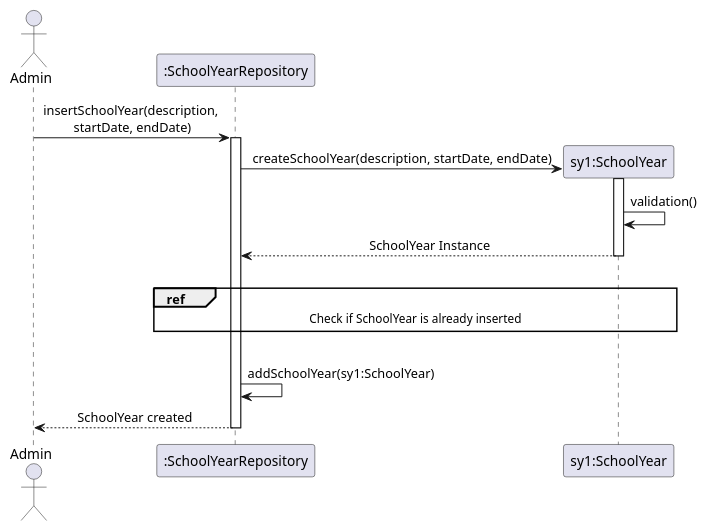
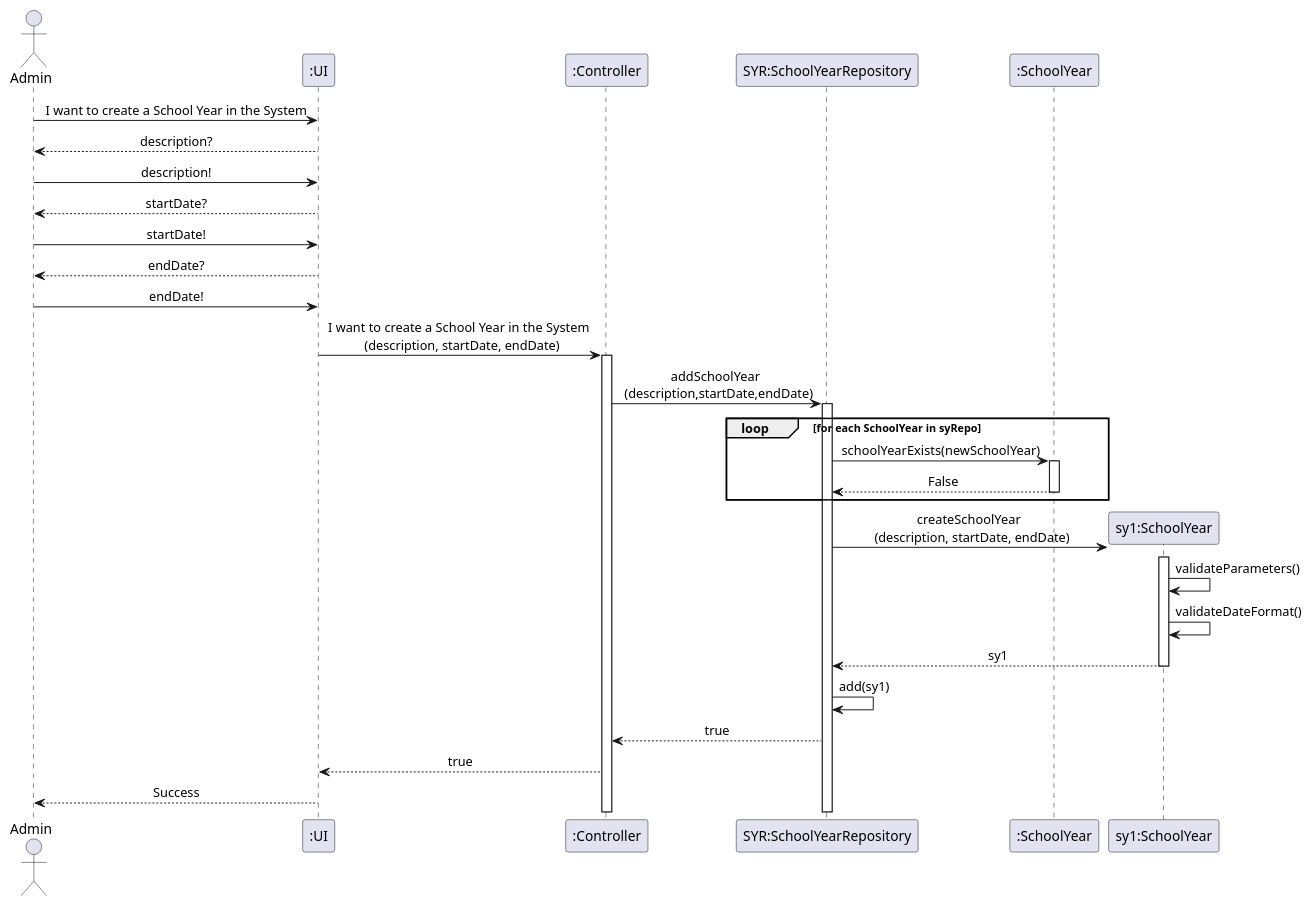
The diagram in docs/sequenceDiagrams/US07/US07_CreateSchoolYearInSystem.puml (GasparISEP/DevOps-PAI), drawn with PlantUML before and after one commit.

Commit message:
Added US07 Sequence Diagram

```diff
--- a/docs/sequenceDiagrams/US07/US07_CreateSchoolYearInSystem.puml
+++ b/docs/sequenceDiagrams/US07/US07_CreateSchoolYearInSystem.puml
@@ -1,23 +1,41 @@
 @startuml
 skinparam sequenceMessageAlign center
 
 actor Admin
-participant ":SchoolYearRepository" as SYR
+participant ":UI" as UI
+participant ":Controller" as ctrl
+participant "SYR:SchoolYearRepository" as syRepo
+participant ":SchoolYear" as SY
 
-Admin -> SYR: insertSchoolYear(description, \nstartDate, endDate)
-activate SYR
+Admin -> UI : I want to create a School Year in the System
+UI --> Admin : description?
+Admin -> UI : description!
+UI --> Admin : startDate?
+Admin -> UI : startDate!
+UI --> Admin : endDate?
+Admin -> UI : endDate!
+
+UI -> ctrl : I want to create a School Year in the System \n (description, startDate, endDate)
+activate ctrl
+ctrl -> syRepo : addSchoolYear \n (description,startDate,endDate)
+activate syRepo
+loop for each SchoolYear in syRepo
+    syRepo -> SY : schoolYearExists(newSchoolYear)
+    activate SY
+    SY --> syRepo : False
+    deactivate SY
+end
 create "sy1:SchoolYear" as SchoolYear
-SYR -> SchoolYear: createSchoolYear(description, startDate, endDate)
+syRepo -> SchoolYear: createSchoolYear \n (description, startDate, endDate)
 activate SchoolYear
-SchoolYear -> SchoolYear: validation()
-SchoolYear --> SYR: SchoolYear Instance
+SchoolYear -> SchoolYear : validateParameters()
+SchoolYear -> SchoolYear : validateDateFormat()
+SchoolYear --> syRepo: sy1
 deactivate SchoolYear
-|||
-ref over SYR, SchoolYear
-    Check if SchoolYear is already inserted
-end ref
-|||
-SYR -> SYR: addSchoolYear(sy1:SchoolYear)
-SYR --> Admin: SchoolYear created
-deactivate SYR
+
+syRepo -> syRepo : add(sy1)
+syRepo --> ctrl : true
+ctrl --> UI : true
+UI --> Admin : Success
+
 @enduml
```
